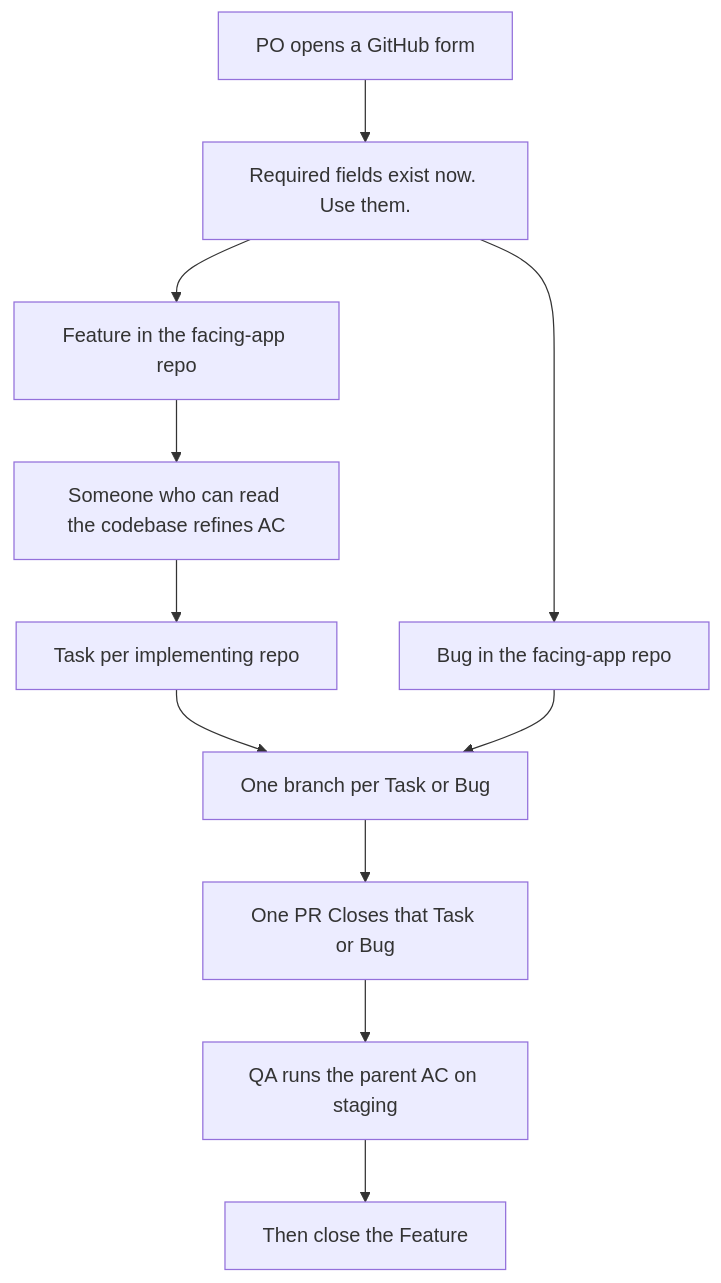
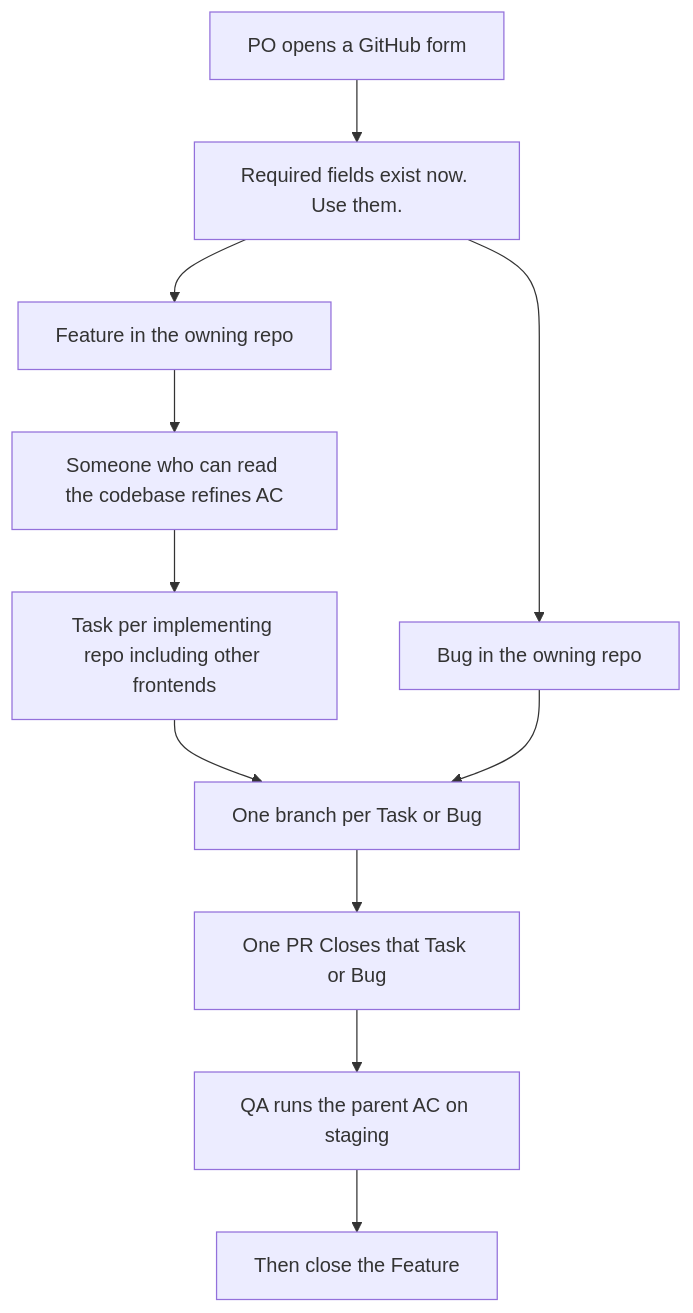
One commit to E-Konsulta-Medical-Clinic/.github changed the first of 3 diagrams in CONTRIBUTING.md. Above: the diagram before and after it, drawn with Mermaid. The commit also changed other lines of this file and 2 other files, not shown here.

````diff
--- a/CONTRIBUTING.md
+++ b/CONTRIBUTING.md
@@ -15,20 +15,20 @@
 ```mermaid
 flowchart TD
   po[PO opens a GitHub form]
   forms[Required fields exist now. Use them.]
-  parent[Feature in the facing-app repo]
-  bug[Bug in the facing-app repo]
+  parent[Feature in the owning repo]
+  bug[Bug in the owning repo]
   refine[Someone who can read the codebase refines AC]
-  tasks[Task per implementing repo]
+  tasks[Task per implementing repo including other frontends]
   branch[One branch per Task or Bug]
   pr[One PR Closes that Task or Bug]
   qa[QA runs the parent AC on staging]
   closeParent[Then close the Feature]
 
   po --> forms
   forms --> parent
   forms --> bug
   parent --> refine --> tasks --> branch --> pr
   bug --> branch
   pr --> qa --> closeParent
 ```
````
